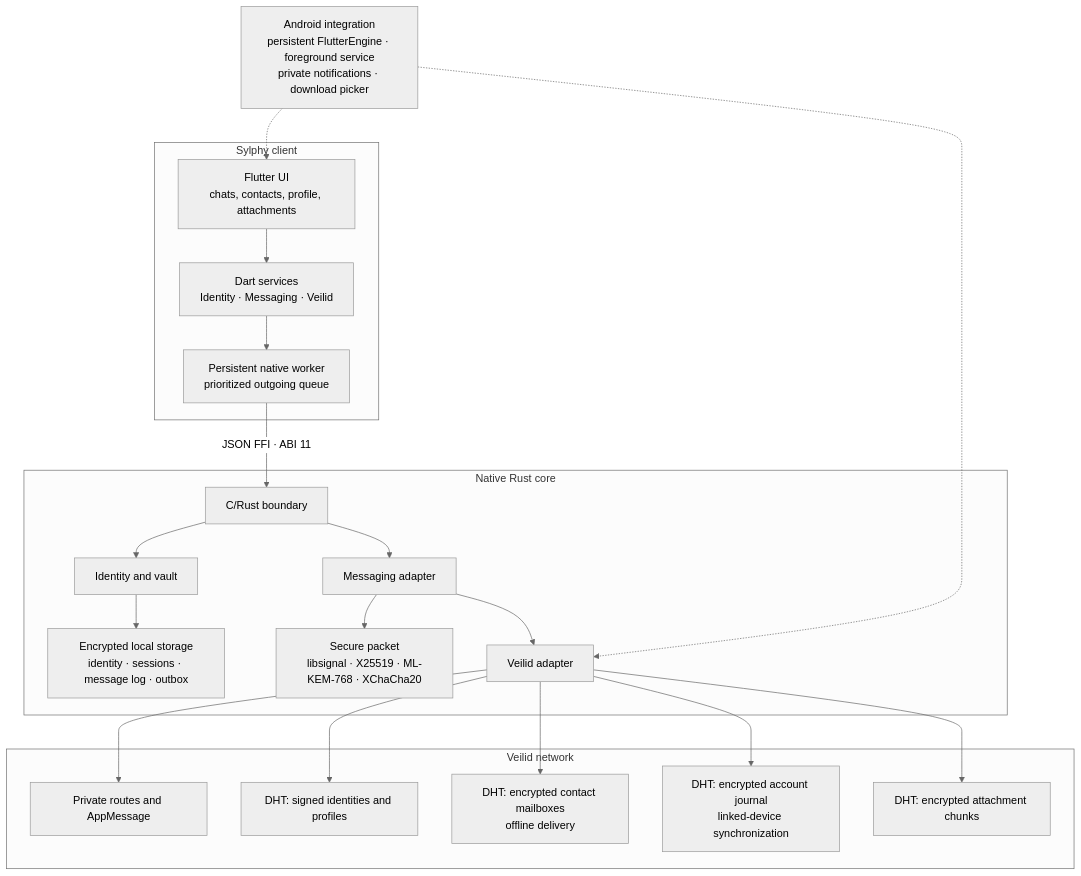
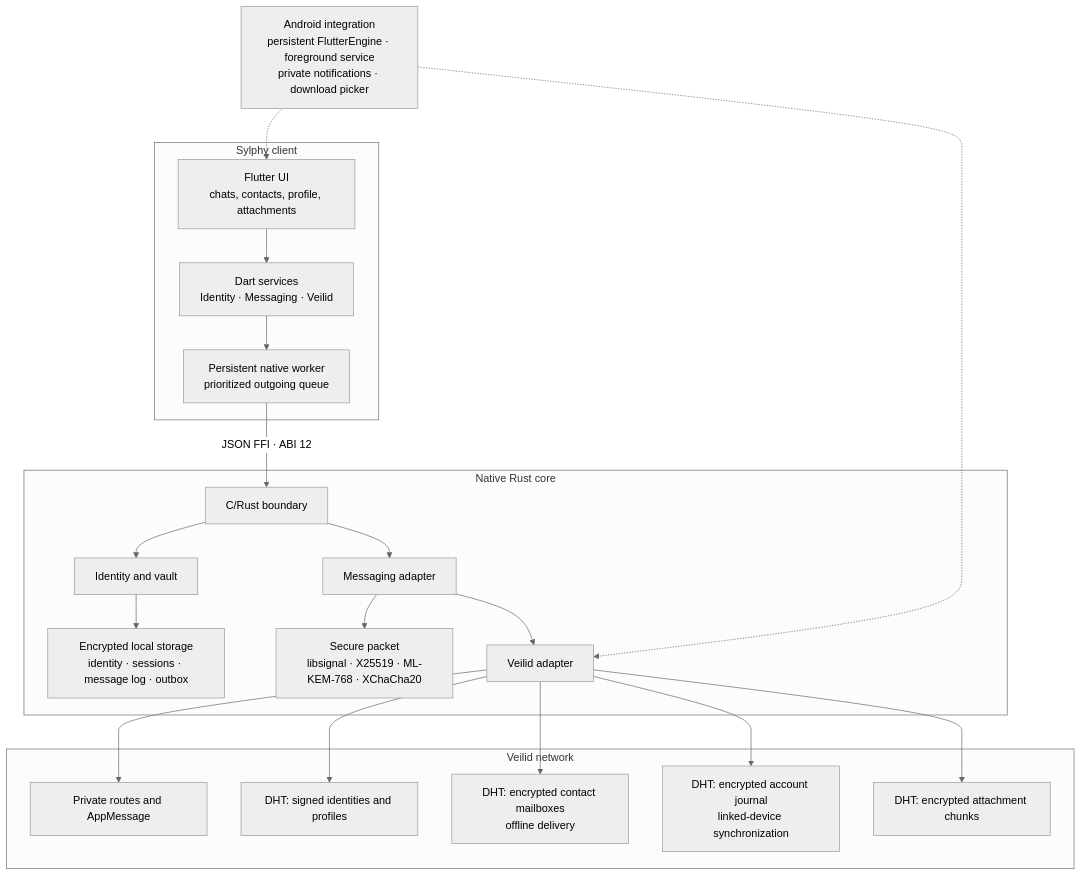
Before and after one commit to ImHisako/Sylphy: the diagram in README.md, drawn with Mermaid (neutral theme). The commit also changed 31 other files, not shown here.

````diff
--- a/README.md
+++ b/README.md
@@ -85,31 +85,31 @@
 ```mermaid
 flowchart TB
     subgraph Client["Sylphy client"]
         UI["Flutter UI\nchats, contacts, profile, attachments"]
         DS["Dart services\nIdentity · Messaging · Veilid"]
         BG["Persistent native worker\nprioritized outgoing queue"]
         UI --> DS --> BG
     end
 
-    BG -->|"JSON FFI · ABI 11"| FFI["C/Rust boundary"]
+    BG -->|"JSON FFI · ABI 12"| FFI["C/Rust boundary"]
 
     subgraph Core["Native Rust core"]
         FFI --> ID["Identity and vault"]
         FFI --> MSG["Messaging adapter"]
         MSG --> CRYPTO["Secure packet\nlibsignal · X25519 · ML-KEM-768 · XChaCha20"]
         MSG --> VA["Veilid adapter"]
         ID --> LOCAL["Encrypted local storage\nidentity · sessions · message log · outbox"]
     end
 
     subgraph Network["Veilid network"]
         VA --> ROUTE["Private routes and AppMessage"]
         VA --> DHTID["DHT: signed identities and profiles"]
         VA --> PEERMAIL["DHT: encrypted contact mailboxes\noffline delivery"]
         VA --> MAIL["DHT: encrypted account journal\nlinked-device synchronization"]
         VA --> FILES["DHT: encrypted attachment chunks"]
     end
 
     ANDROID["Android integration\npersistent FlutterEngine · foreground service\nprivate notifications · download picker"]
     ANDROID -.-> UI
     ANDROID -.-> VA
 ```
````
